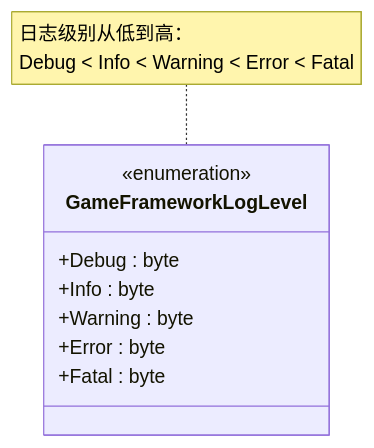
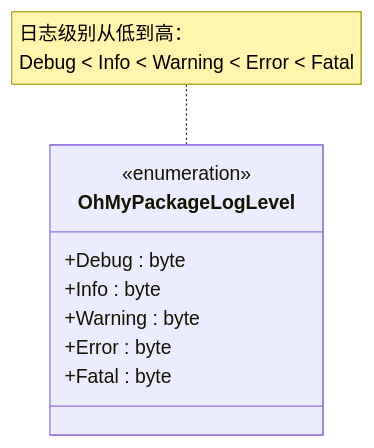
Before and after one commit to OxygenIsland/MyGame: the second of 8 diagrams in repowiki/zh/content/性能优化/性能监控系统/日志系统架构.md, drawn with Mermaid. The commit also changed other lines of this file and 34 other files, not shown here.

````diff
--- a/repowiki/zh/content/性能优化/性能监控系统/日志系统架构.md
+++ b/repowiki/zh/content/性能优化/性能监控系统/日志系统架构.md
@@ -82,12 +82,12 @@
 ```mermaid
 classDiagram
-class GameFrameworkLogLevel {
+class OhMyPackageLogLevel {
 <<enumeration>>
 +Debug : byte
 +Info : byte
 +Warning : byte
 +Error : byte
 +Fatal : byte
 }
-note for GameFrameworkLogLevel "日志级别从低到高：<br/>Debug < Info < Warning < Error < Fatal"
+note for OhMyPackageLogLevel "日志级别从低到高：<br/>Debug < Info < Warning < Error < Fatal"
 ```
````
